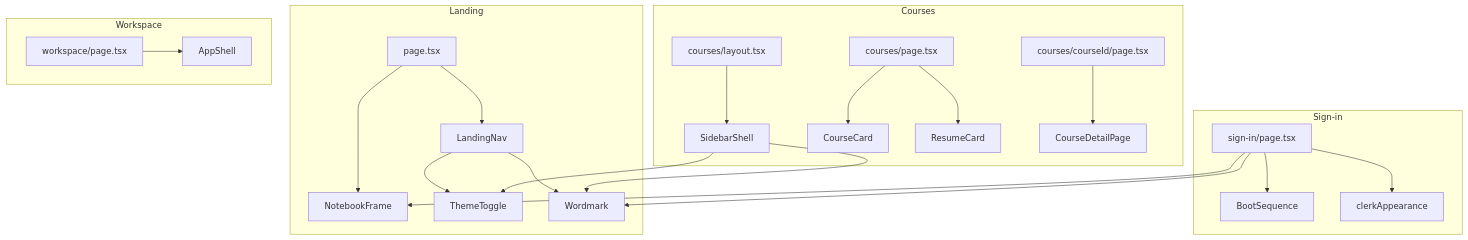
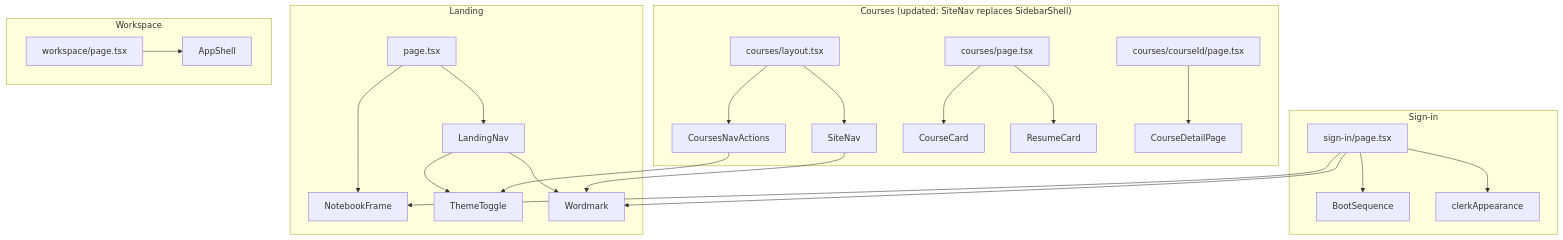
One commit to Akram012388/niotebook_v0.2 changed the first of 2 diagrams in docs/redesign/PHASE8_ARCHITECTURE.md. Above: the diagram before and after it, drawn with Mermaid. The commit also changed other lines of this file and 105 other files, not shown here.

````diff
--- a/docs/redesign/PHASE8_ARCHITECTURE.md
+++ b/docs/redesign/PHASE8_ARCHITECTURE.md
@@ -136,29 +152,30 @@
 ```mermaid
 graph TD
     subgraph "Landing"
         LP[page.tsx] --> LN[LandingNav]
         LP --> NF[NotebookFrame]
         LN --> TT[ThemeToggle]
         LN --> WM[Wordmark]
     end
 
     subgraph "Sign-in"
         SI[sign-in/page.tsx] --> WM
         SI --> BS[BootSequence]
         SI --> CA[clerkAppearance]
         SI --> NF
     end
 
-    subgraph "Courses"
-        CL[courses/layout.tsx] --> SS[SidebarShell]
-        SS --> WM
-        SS --> TT
+    subgraph "Courses (updated: SiteNav replaces SidebarShell)"
+        CL[courses/layout.tsx] --> SN2[SiteNav]
+        SN2 --> WM
+        CL --> CNA[CoursesNavActions]
+        CNA --> TT
         CP[courses/page.tsx] --> CC[CourseCard]
         CP --> RC[ResumeCard]
         CD[courses/courseId/page.tsx] --> CDP[CourseDetailPage]
     end
 
     subgraph "Workspace"
         WS[workspace/page.tsx] --> AS[AppShell]
     end
 ```
````
